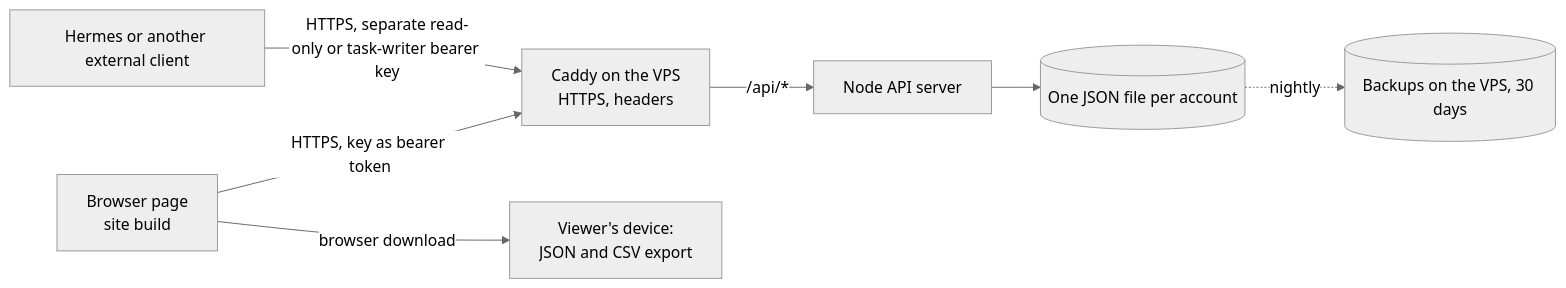
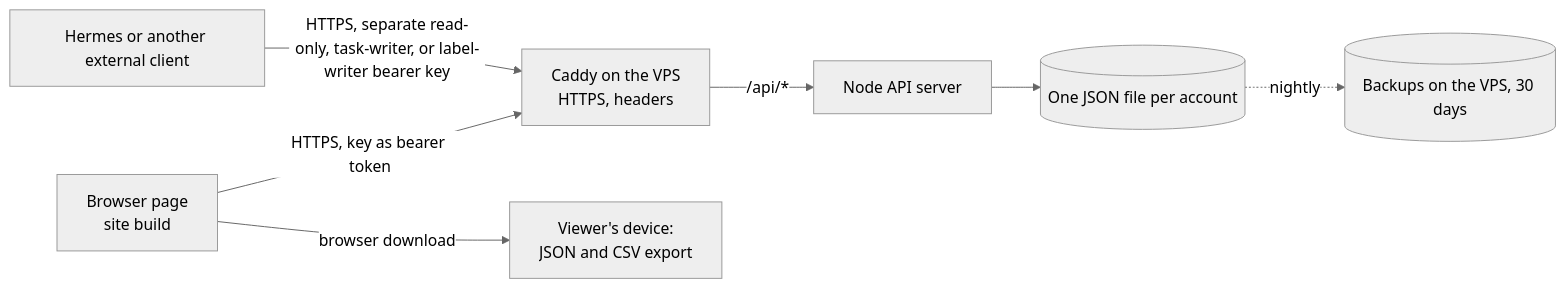
One commit to coldlight-labs/priority-matrix changed the diagram in docs/architecture.md. Above: the diagram before and after it, drawn with Mermaid (neutral theme). The commit also changed other lines of this file and 9 other files, not shown here.

Commit message:
feat(#11): add scoped label-writer API key

````diff
--- a/docs/architecture.md
+++ b/docs/architecture.md
@@ -9,9 +9,9 @@
 ```mermaid
 flowchart LR
     page[Browser page<br/>site build] -->|"HTTPS, key as bearer token"| caddy[Caddy on the VPS<br/>HTTPS, headers]
-    hermes[Hermes or another external client] -->|"HTTPS, separate read-only or task-writer bearer key"| caddy
+    hermes[Hermes or another external client] -->|"HTTPS, separate read-only, task-writer, or label-writer bearer key"| caddy
     caddy -->|"/api/*"| server[Node API server]
     server --> data[(One JSON file per account)]
     data -.->|nightly| backups[(Backups on the VPS, 30 days)]
     page -->|"browser download"| device[Viewer's device:<br/>JSON and CSV export]
 ```
````
